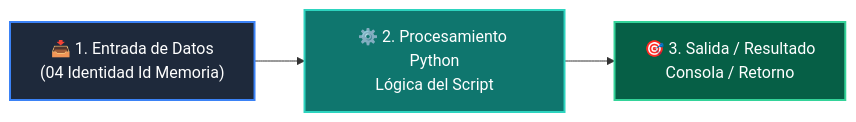
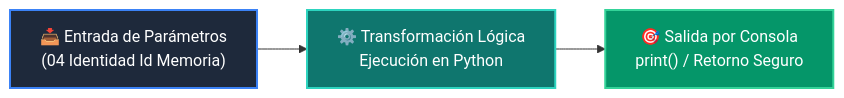
One commit to wisrovi/wisrovi-python changed the diagram in 01-fundamentos-python/clase-02-variables-y-tipos/ejemplos/ejemplo_04_identidad_id_memoria/README.md. Above: the diagram before and after it, drawn with Mermaid. The commit also changed other lines of this file and 226 other files, not shown here.

Commit message:
docs: elevate all repository READMEs to world-class mastery standard with rich pedagogical architecture, custom Mermaids, and professional styling

````diff
--- a/01-fundamentos-python/clase-02-variables-y-tipos/ejemplos/ejemplo_04_identidad_id_memoria/README.md
+++ b/01-fundamentos-python/clase-02-variables-y-tipos/ejemplos/ejemplo_04_identidad_id_memoria/README.md
@@ -12,9 +19,9 @@
 ```mermaid
 flowchart LR
-    A["📥 1. Entrada de Datos<br/>(04 Identidad Id Memoria)"] --> B["⚙️ 2. Procesamiento Python<br/>Lógica del Script"]
-    B --> C["🎯 3. Salida / Resultado<br/>Consola / Retorno"]
+    A["📥 Entrada de Parámetros<br/>(04 Identidad Id Memoria)"] --> B["⚙️ Transformación Lógica<br/>Ejecución en Python"]
+    B --> C["🎯 Salida por Consola<br/>print() / Retorno Seguro"]
 
-    style A fill:#1e293b,color:#fff,stroke:#3b82f6,stroke-width:2px
-    style B fill:#0f766e,color:#fff,stroke:#2dd4bf,stroke-width:2px
-    style C fill:#065f46,color:#fff,stroke:#34d399,stroke-width:2px
+    style A fill:#1e293b,color:#ffffff,stroke:#3b82f6,stroke-width:2px
+    style B fill:#0f766e,color:#ffffff,stroke:#2dd4bf,stroke-width:2px
+    style C fill:#059669,color:#ffffff,stroke:#34d399,stroke-width:2px
 ```
````
